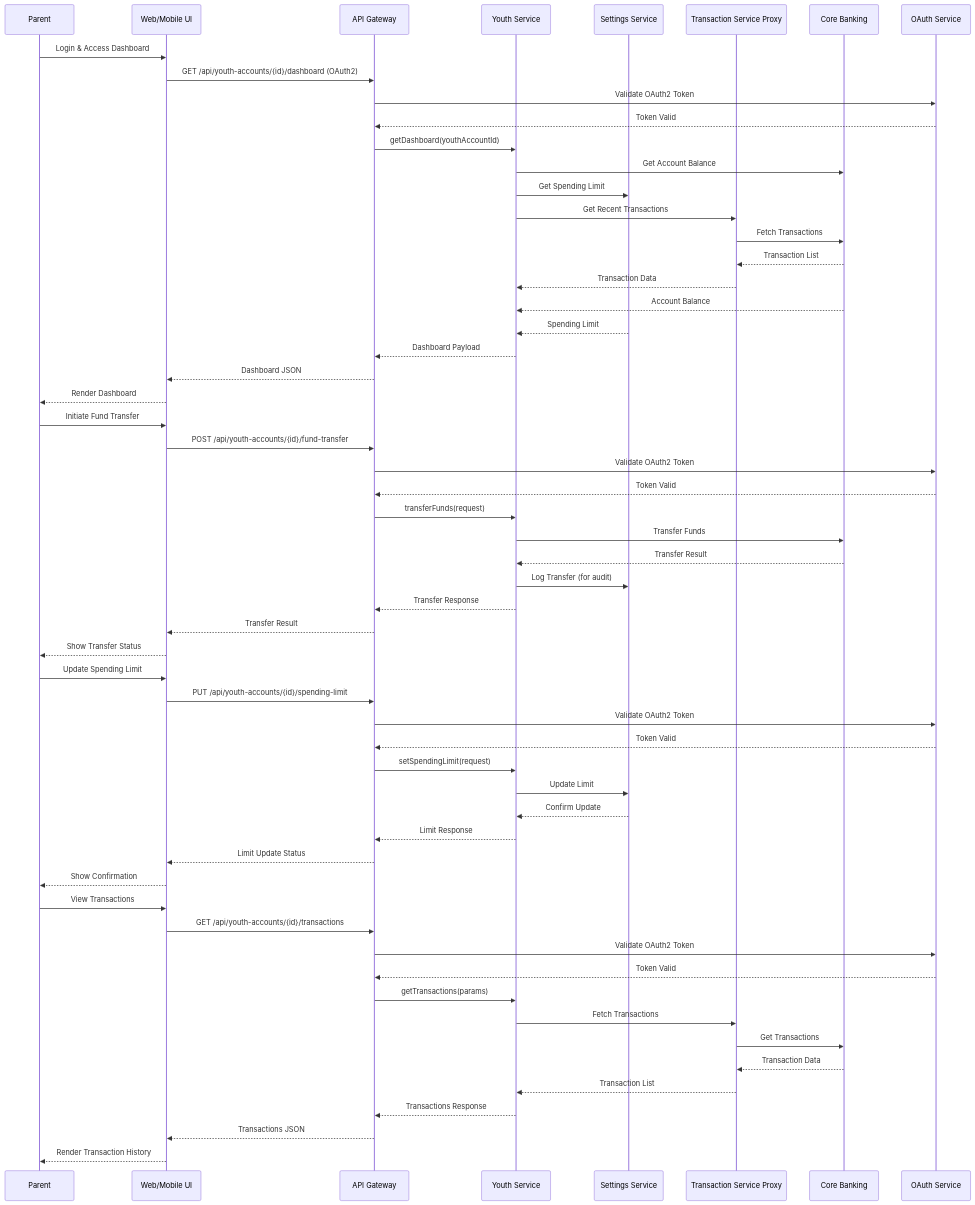
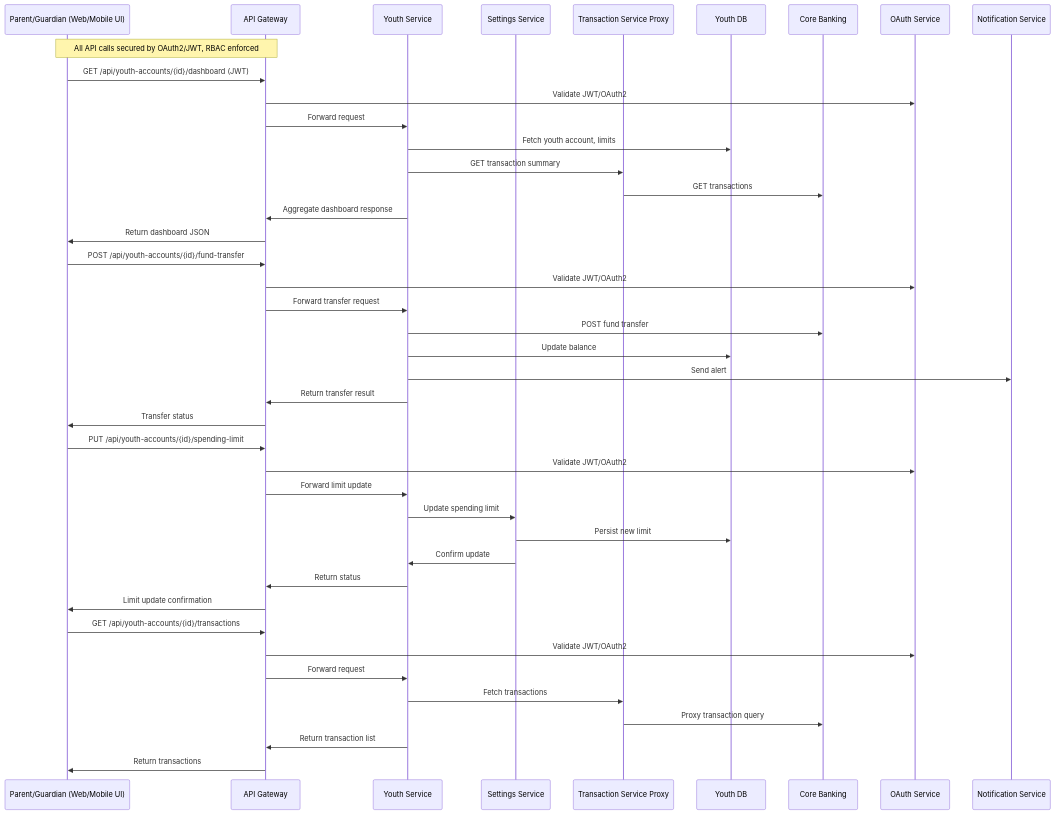
The diagram in Components and Sequence Diagrams/sequence_diagram.mmd (Ascend-Krithi/SCIB-Inception), drawn with Mermaid before and after one commit. The commit also changed 1 other file, not shown here.

```diff
--- a/Components and Sequence Diagrams/sequence_diagram.mmd
+++ b/Components and Sequence Diagrams/sequence_diagram.mmd
@@ -1,63 +1,48 @@
-%% Sequence Diagram for Youth Account Management APIs
+%% Sequence Diagram for Parent-Managed Youth Account APIs
 sequenceDiagram
-    participant Parent
-    participant WebUI as Web/Mobile UI
-    participant APIGW as API Gateway
-    participant YouthAPI as Youth Service
-    participant Settings as Settings Service
-    participant TxnProxy as Transaction Service Proxy
-    participant CoreBank as Core Banking
-    participant Auth as OAuth Service
+  participant Parent as Parent/Guardian (Web/Mobile UI)
+  participant APIGW as API Gateway
+  participant YouthS as Youth Service
+  participant SettingsS as Settings Service
+  participant TxnS as Transaction Service Proxy
+  participant DB as Youth DB
+  participant CoreBank as Core Banking
+  participant Auth as OAuth Service
+  participant Notification as Notification Service
 
-    Parent->>WebUI: Login & Access Dashboard
-    WebUI->>APIGW: GET /api/youth-accounts/{id}/dashboard (OAuth2)
-    APIGW->>Auth: Validate OAuth2 Token
-    Auth-->>APIGW: Token Valid
-    APIGW->>YouthAPI: getDashboard(youthAccountId)
-    YouthAPI->>CoreBank: Get Account Balance
-    YouthAPI->>Settings: Get Spending Limit
-    YouthAPI->>TxnProxy: Get Recent Transactions
-    TxnProxy->>CoreBank: Fetch Transactions
-    CoreBank-->>TxnProxy: Transaction List
-    TxnProxy-->>YouthAPI: Transaction Data
-    CoreBank-->>YouthAPI: Account Balance
-    Settings-->>YouthAPI: Spending Limit
-    YouthAPI-->>APIGW: Dashboard Payload
-    APIGW-->>WebUI: Dashboard JSON
-    WebUI-->>Parent: Render Dashboard
+  Note over Parent,APIGW: All API calls secured by OAuth2/JWT, RBAC enforced
 
-    Parent->>WebUI: Initiate Fund Transfer
-    WebUI->>APIGW: POST /api/youth-accounts/{id}/fund-transfer
-    APIGW->>Auth: Validate OAuth2 Token
-    Auth-->>APIGW: Token Valid
-    APIGW->>YouthAPI: transferFunds(request)
-    YouthAPI->>CoreBank: Transfer Funds
-    CoreBank-->>YouthAPI: Transfer Result
-    YouthAPI->>Settings: Log Transfer (for audit)
-    YouthAPI-->>APIGW: Transfer Response
-    APIGW-->>WebUI: Transfer Result
-    WebUI-->>Parent: Show Transfer Status
+  Parent->>APIGW: GET /api/youth-accounts/{id}/dashboard (JWT)
+  APIGW->>Auth: Validate JWT/OAuth2
+  APIGW->>YouthS: Forward request
+  YouthS->>DB: Fetch youth account, limits
+  YouthS->>TxnS: GET transaction summary
+  TxnS->>CoreBank: GET transactions
+  YouthS->>APIGW: Aggregate dashboard response
+  APIGW->>Parent: Return dashboard JSON
 
-    Parent->>WebUI: Update Spending Limit
-    WebUI->>APIGW: PUT /api/youth-accounts/{id}/spending-limit
-    APIGW->>Auth: Validate OAuth2 Token
-    Auth-->>APIGW: Token Valid
-    APIGW->>YouthAPI: setSpendingLimit(request)
-    YouthAPI->>Settings: Update Limit
-    Settings-->>YouthAPI: Confirm Update
-    YouthAPI-->>APIGW: Limit Response
-    APIGW-->>WebUI: Limit Update Status
-    WebUI-->>Parent: Show Confirmation
+  Parent->>APIGW: POST /api/youth-accounts/{id}/fund-transfer
+  APIGW->>Auth: Validate JWT/OAuth2
+  APIGW->>YouthS: Forward transfer request
+  YouthS->>CoreBank: POST fund transfer
+  YouthS->>DB: Update balance
+  YouthS->>Notification: Send alert
+  YouthS->>APIGW: Return transfer result
+  APIGW->>Parent: Transfer status
 
-    Parent->>WebUI: View Transactions
-    WebUI->>APIGW: GET /api/youth-accounts/{id}/transactions
-    APIGW->>Auth: Validate OAuth2 Token
-    Auth-->>APIGW: Token Valid
-    APIGW->>YouthAPI: getTransactions(params)
-    YouthAPI->>TxnProxy: Fetch Transactions
-    TxnProxy->>CoreBank: Get Transactions
-    CoreBank-->>TxnProxy: Transaction Data
-    TxnProxy-->>YouthAPI: Transaction List
-    YouthAPI-->>APIGW: Transactions Response
-    APIGW-->>WebUI: Transactions JSON
-    WebUI-->>Parent: Render Transaction History
+  Parent->>APIGW: PUT /api/youth-accounts/{id}/spending-limit
+  APIGW->>Auth: Validate JWT/OAuth2
+  APIGW->>YouthS: Forward limit update
+  YouthS->>SettingsS: Update spending limit
+  SettingsS->>DB: Persist new limit
+  SettingsS->>YouthS: Confirm update
+  YouthS->>APIGW: Return status
+  APIGW->>Parent: Limit update confirmation
+
+  Parent->>APIGW: GET /api/youth-accounts/{id}/transactions
+  APIGW->>Auth: Validate JWT/OAuth2
+  APIGW->>YouthS: Forward request
+  YouthS->>TxnS: Fetch transactions
+  TxnS->>CoreBank: Proxy transaction query
+  YouthS->>APIGW: Return transaction list
+  APIGW->>Parent: Return transactions
```
